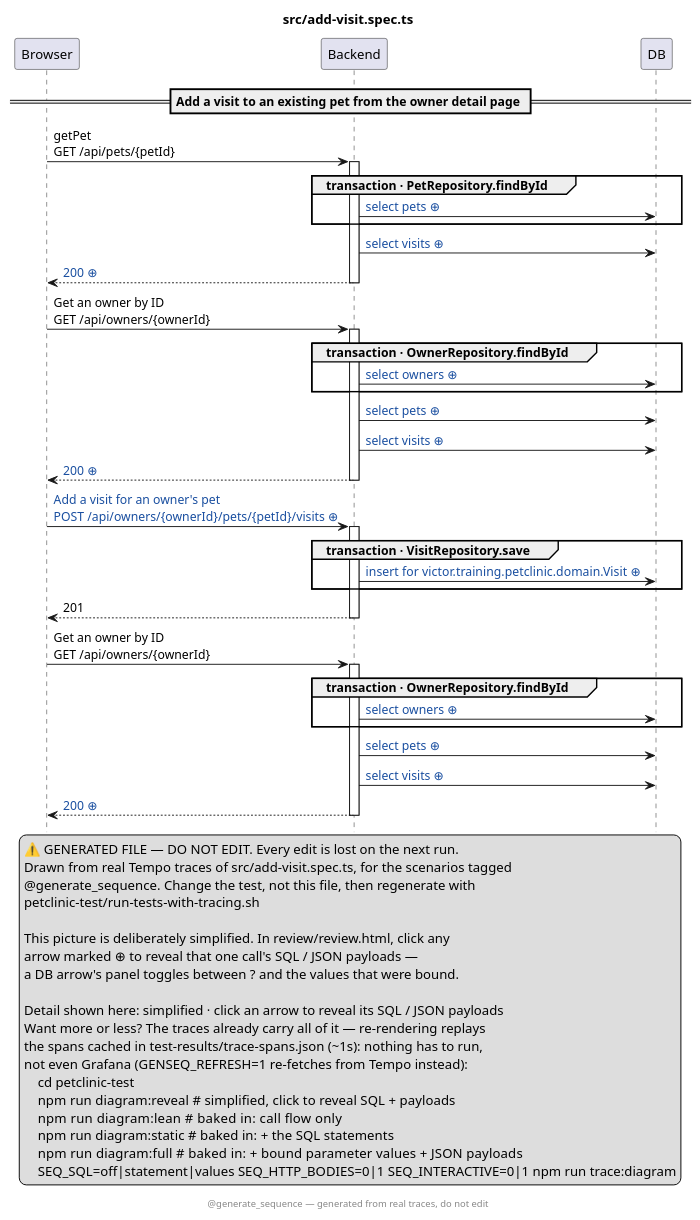
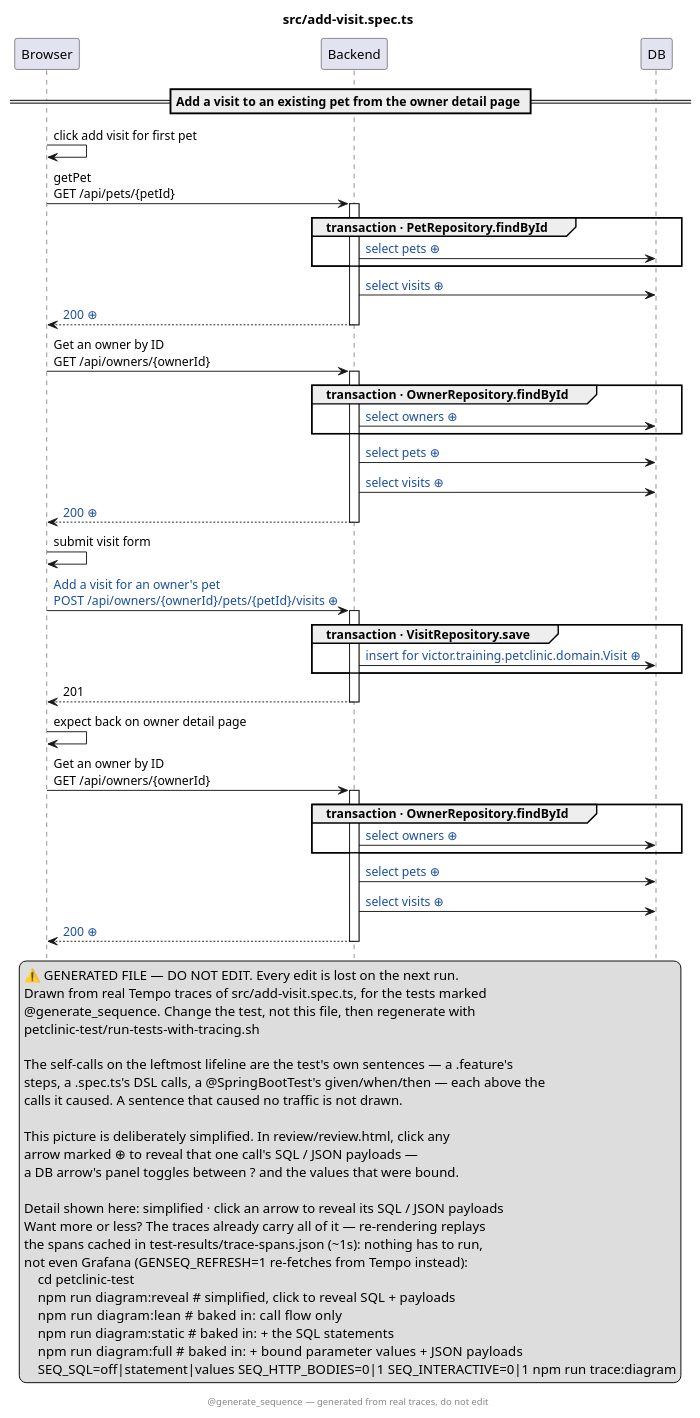
One commit to victorrentea/petclinic changed the diagram in petclinic-test/src/add-visit.spec.ts.genseq.puml. Above: the diagram before and after it, drawn with PlantUML. The commit also changed 22 other files, not shown here.

```diff
--- a/petclinic-test/src/add-visit.spec.ts.genseq.puml
+++ b/petclinic-test/src/add-visit.spec.ts.genseq.puml
@@ -1,66 +1,73 @@
 @startuml
 ' ⚠️  GENERATED FILE — DO NOT EDIT. Every edit is lost on the next run.
 hide footbox
 skinparam hyperlinkUnderline false
 skinparam hyperlinkColor #1A4FA0
 title src/add-visit.spec.ts
 legend right
   ⚠️  GENERATED FILE — DO NOT EDIT. Every edit is lost on the next run.
-  Drawn from real Tempo traces of src/add-visit.spec.ts, for the scenarios tagged
+  Drawn from real Tempo traces of src/add-visit.spec.ts, for the tests marked
   @generate_sequence. Change the test, not this file, then regenerate with
   petclinic-test/run-tests-with-tracing.sh
+ 
+  The self-calls on the leftmost lifeline are the test's own sentences — a .feature's
+  steps, a .spec.ts's DSL calls, a @SpringBootTest's given/when/then — each above the
+  calls it caused. A sentence that caused no traffic is not drawn.
  
   This picture is deliberately simplified. In review/review.html, click any
   arrow marked ⊕ to reveal that one call's SQL / JSON payloads —
   a DB arrow's panel toggles between ? and the values that were bound.
  
   Detail shown here: simplified · click an arrow to reveal its SQL / JSON payloads
   Want more or less? The traces already carry all of it — re-rendering replays
   the spans cached in test-results/trace-spans.json (~1s): nothing has to run,
   not even Grafana (GENSEQ_REFRESH=1 re-fetches from Tempo instead):
       cd petclinic-test
       npm run diagram:reveal  # simplified, click to reveal SQL + payloads
       npm run diagram:lean    # baked in: call flow only
       npm run diagram:static  # baked in: + the SQL statements
       npm run diagram:full    # baked in: + bound parameter values + JSON payloads
       SEQ_SQL=off|statement|values SEQ_HTTP_BODIES=0|1 SEQ_INTERACTIVE=0|1 npm run trace:diagram
 end legend
 footer @generate_sequence — generated from real traces, do not edit
 participant Browser
 participant Backend
 participant DB
 == Add a visit to an existing pet from the owner detail page ==
+Browser -> Browser: click add visit for first pet
 Browser -> Backend: getPet\nGET /api/pets/{petId}
 activate Backend
 group transaction · PetRepository.findById
 Backend -> DB: [[genseq://0jw0huv{Click for the statement behind this call} select pets ⊕]]
 end
 Backend -> DB: [[genseq://1cdku0l{Click for the statement behind this call} select visits ⊕]]
-Backend --> Browser: [[genseq://0fpklrs{Click for this call’s JSON body} 200 ⊕]]
+Backend --> Browser: [[genseq://18fe2y7{Click for this call’s JSON body} 200 ⊕]]
 deactivate Backend
 Browser -> Backend: Get an owner by ID\nGET /api/owners/{ownerId}
 activate Backend
 group transaction · OwnerRepository.findById
 Backend -> DB: [[genseq://0totfe9{Click for the statement behind this call} select owners ⊕]]
 end
 Backend -> DB: [[genseq://1hjadar{Click for the statement behind this call} select pets ⊕]]
 Backend -> DB: [[genseq://1cdku0l{Click for the statement behind this call} select visits ⊕]]
-Backend --> Browser: [[genseq://0m3k1ky{Click for this call’s JSON body} 200 ⊕]]
+Backend --> Browser: [[genseq://0cnx7tr{Click for this call’s JSON body} 200 ⊕]]
 deactivate Backend
-Browser -> Backend: [[genseq://1epu8qa{Click for this call’s JSON body} Add a visit for an owner's pet\nPOST /api/owners/{ownerId}/pets/{petId}/visits ⊕]]
+Browser -> Browser: submit visit form
+Browser -> Backend: [[genseq://1wu0mup{Click for this call’s JSON body} Add a visit for an owner's pet\nPOST /api/owners/{ownerId}/pets/{petId}/visits ⊕]]
 activate Backend
 group transaction · VisitRepository.save
-Backend -> DB: [[genseq://0fx9ssv{Click for the statement behind this call} insert for victor.training.petclinic.domain.Visit ⊕]]
+Backend -> DB: [[genseq://1vi58md{Click for the statement behind this call} insert for victor.training.petclinic.domain.Visit ⊕]]
 end
 Backend --> Browser: 201
 deactivate Backend
+Browser -> Browser: expect back on owner detail page
 Browser -> Backend: Get an owner by ID\nGET /api/owners/{ownerId}
 activate Backend
 group transaction · OwnerRepository.findById
 Backend -> DB: [[genseq://0totfe9{Click for the statement behind this call} select owners ⊕]]
 end
 Backend -> DB: [[genseq://1hjadar{Click for the statement behind this call} select pets ⊕]]
 Backend -> DB: [[genseq://1cdku0l{Click for the statement behind this call} select visits ⊕]]
-Backend --> Browser: [[genseq://137uefx{Click for this call’s JSON body} 200 ⊕]]
+Backend --> Browser: [[genseq://117bkf1{Click for this call’s JSON body} 200 ⊕]]
 deactivate Backend
 @enduml
```
